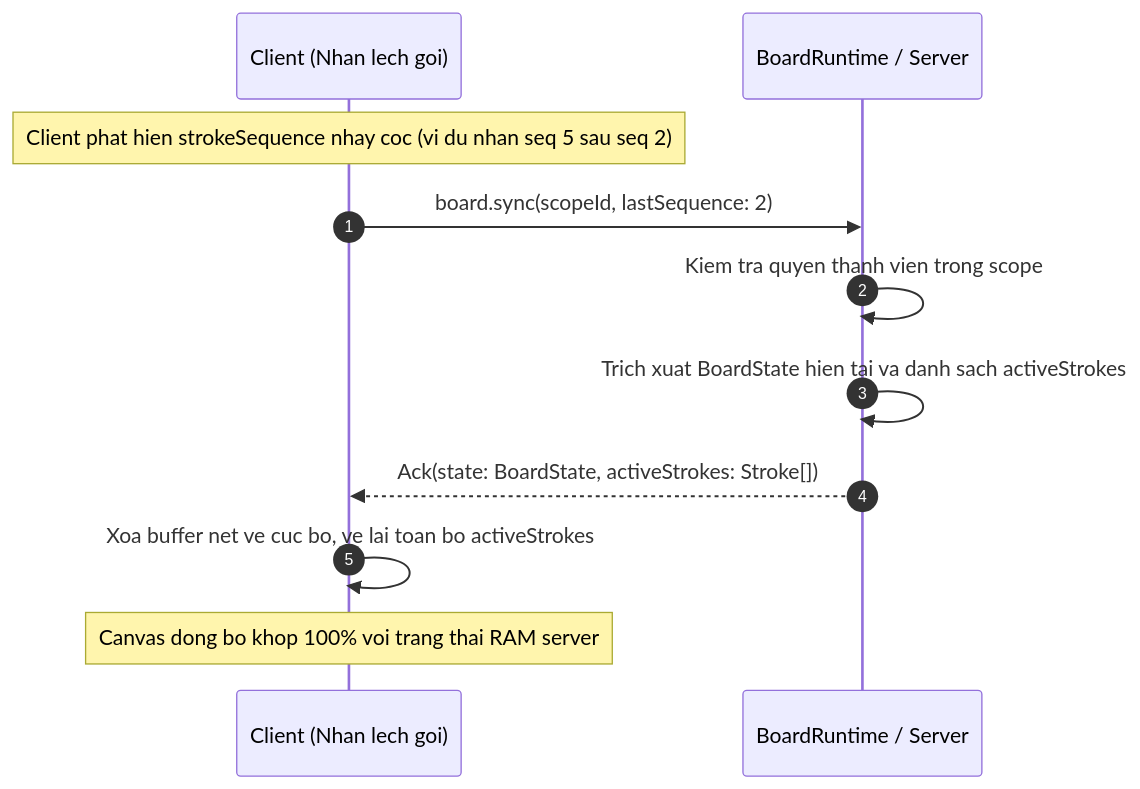
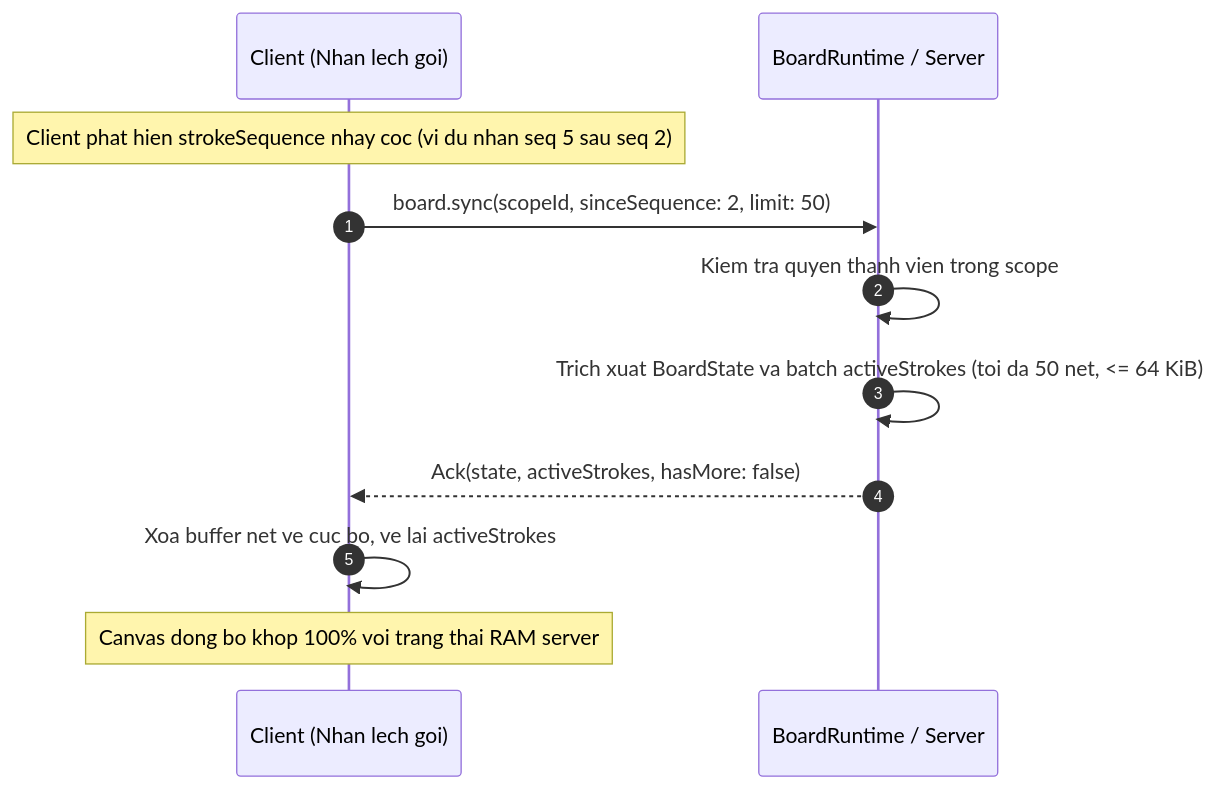
The eighth of 13 diagrams in docs/proposals/m5-board.md (Lightning1507/CoLearnia), drawn with Mermaid before and after one commit. The commit also changed other lines of this file, not shown here.

Commit message:
docs(board): address PR review comments on data limits, permissions, and lifecycle

````diff
--- a/docs/proposals/m5-board.md
+++ b/docs/proposals/m5-board.md
@@ -682,14 +695,14 @@
 ```mermaid
 sequenceDiagram
-  autonumber
-  participant C as Client (Nhan lech goi)
-  participant S as BoardRuntime / Server
+autonumber
+participant C as Client (Nhan lech goi)
+participant S as BoardRuntime / Server
 
-  Note over C: Client phat hien strokeSequence nhay coc (vi du nhan seq 5 sau seq 2)
-  C->>S: board.sync(scopeId, lastSequence: 2)
-  S->>S: Kiem tra quyen thanh vien trong scope
-  S->>S: Trich xuat BoardState hien tai va danh sach activeStrokes
-  S-->>C: Ack(state: BoardState, activeStrokes: Stroke[])
-  C->>C: Xoa buffer net ve cuc bo, ve lai toan bo activeStrokes
-  Note over C: Canvas dong bo khop 100% voi trang thai RAM server
+Note over C: Client phat hien strokeSequence nhay coc (vi du nhan seq 5 sau seq 2)
+C->>S: board.sync(scopeId, sinceSequence: 2, limit: 50)
+S->>S: Kiem tra quyen thanh vien trong scope
+S->>S: Trich xuat BoardState va batch activeStrokes (toi da 50 net, <= 64 KiB)
+S-->>C: Ack(state, activeStrokes, hasMore: false)
+C->>C: Xoa buffer net ve cuc bo, ve lai activeStrokes
+Note over C: Canvas dong bo khop 100% voi trang thai RAM server
 ```
````
